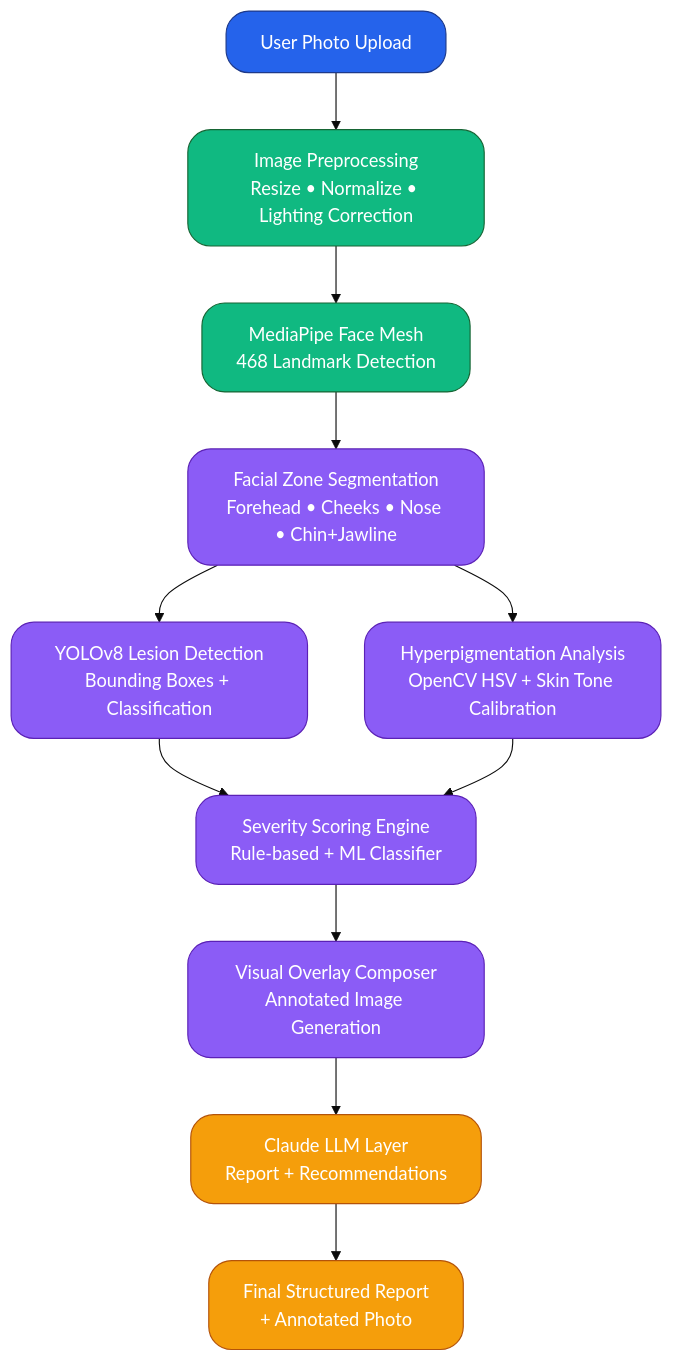
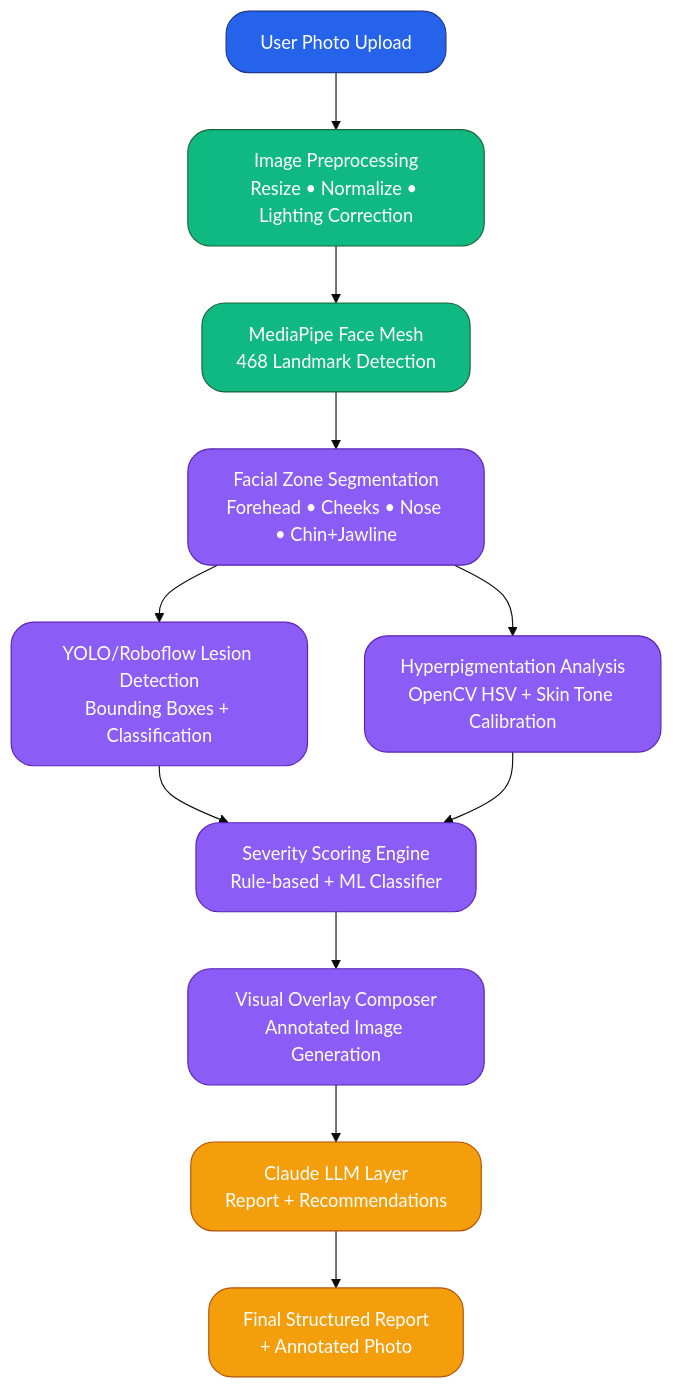
Before and after one commit to anvayant010/SkinSight: the diagram in README.md, drawn with Mermaid (base theme). The commit also changed other lines of this file, not shown here.

Commit message:
docs: update README with setup instructions, YOLO model details, and feat1 features

````diff
--- a/README.md
+++ b/README.md
@@ -94,30 +116,30 @@
 ```mermaid
 flowchart TD
     A[User Photo Upload]
     --> B[Image Preprocessing<br/>Resize • Normalize • Lighting Correction]
 
     B --> C[MediaPipe Face Mesh<br/>468 Landmark Detection]
 
     C --> D[Facial Zone Segmentation<br/>Forehead • Cheeks • Nose • Chin+Jawline]
 
-    D --> E[YOLOv8 Lesion Detection<br/>Bounding Boxes + Classification]
+    D --> E[YOLO/Roboflow Lesion Detection<br/>Bounding Boxes + Classification]
     D --> F[Hyperpigmentation Analysis<br/>OpenCV HSV + Skin Tone Calibration]
 
     E & F --> G[Severity Scoring Engine<br/>Rule-based + ML Classifier]
 
     G --> H[Visual Overlay Composer<br/>Annotated Image Generation]
 
     H --> I[Claude LLM Layer<br/>Report + Recommendations]
 
     I --> J[Final Structured Report<br/>+ Annotated Photo]
 
     classDef input fill:#2563EB,stroke:#1E3A8A,color:#fff,rx:20,ry:20
     classDef process fill:#10B981,stroke:#166534,color:#fff,rx:20,ry:20
     classDef core fill:#8B5CF6,stroke:#5B21B6,color:#fff,rx:20,ry:20
     classDef output fill:#F59E0B,stroke:#B45309,color:#fff,rx:20,ry:20
 
     class A input
     class B,C process
     class D,E,F,G,H core
     class I,J output
 ```
````
